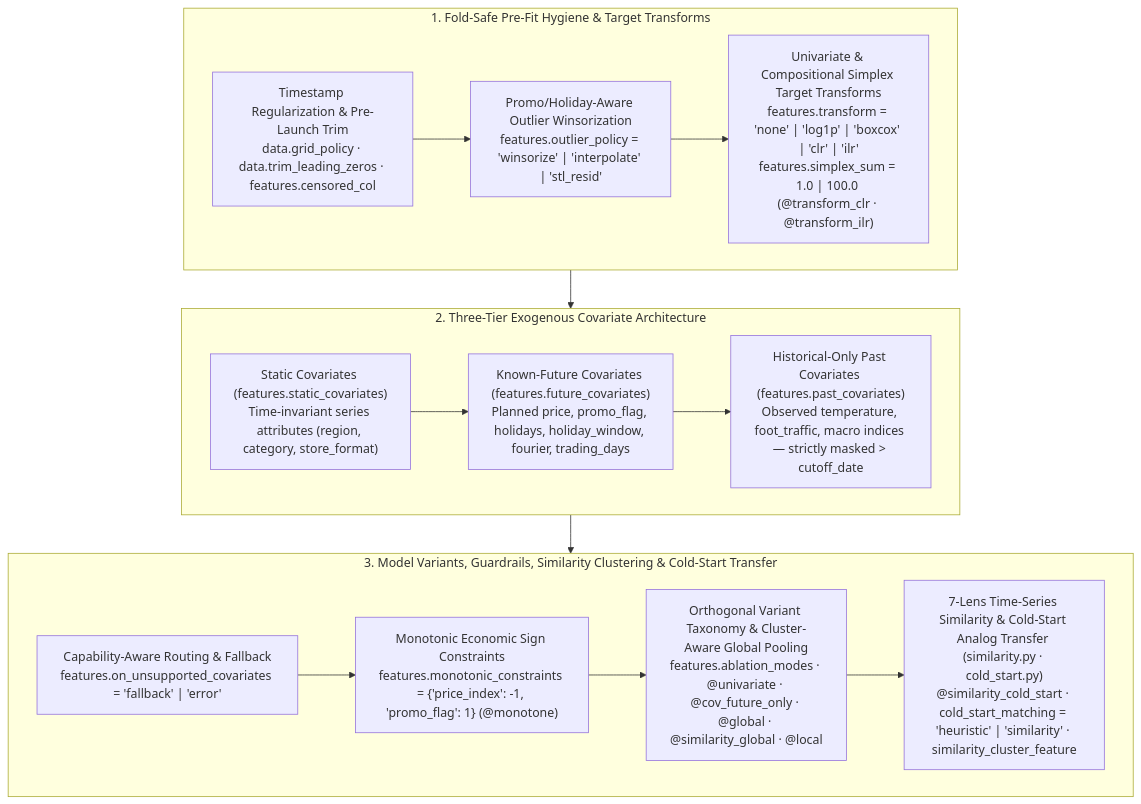
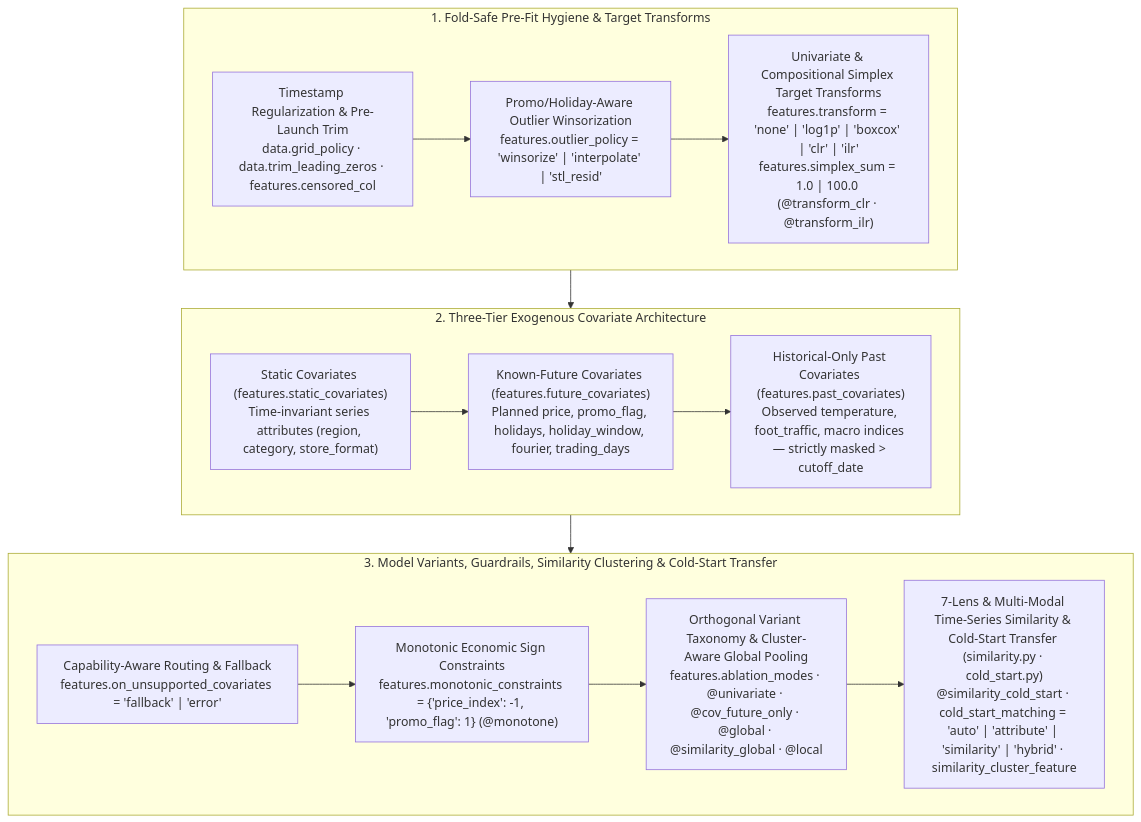
Before and after one commit to statmike/scale-forecasting: the diagram in docs/features_and_covariates.md, drawn with Mermaid. The commit also changed other lines of this file and 2 other files, not shown here.

Commit message:
docs(similarity): align lens names and config field signatures across features, config, and models reference

````diff
--- a/docs/features_and_covariates.md
+++ b/docs/features_and_covariates.md
@@ -5,26 +5,26 @@
 ```mermaid
 flowchart TD
     subgraph S1["1. Fold-Safe Pre-Fit Hygiene & Target Transforms"]
         T1["Timestamp Regularization & Pre-Launch Trim<br/>data.grid_policy · data.trim_leading_zeros · features.censored_col"]
         T2["Promo/Holiday-Aware Outlier Winsorization<br/>features.outlier_policy = 'winsorize' | 'interpolate' | 'stl_resid'"]
         T3["Univariate & Compositional Simplex Target Transforms<br/>features.transform = 'none' | 'log1p' | 'boxcox' | 'clr' | 'ilr'<br/>features.simplex_sum = 1.0 | 100.0 (@transform_clr · @transform_ilr)"]
         T1 --> T2 --> T3
     end
 
     subgraph S2["2. Three-Tier Exogenous Covariate Architecture"]
         C1["Static Covariates (features.static_covariates)<br/>Time-invariant series attributes (region, category, store_format)"]
         C2["Known-Future Covariates (features.future_covariates)<br/>Planned price, promo_flag, holidays, holiday_window, fourier, trading_days"]
         C3["Historical-Only Past Covariates (features.past_covariates)<br/>Observed temperature, foot_traffic, macro indices — strictly masked > cutoff_date"]
         C1 --> C2 --> C3
     end
 
     subgraph S3["3. Model Variants, Guardrails, Similarity Clustering & Cold-Start Transfer"]
         V1["Capability-Aware Routing & Fallback<br/>features.on_unsupported_covariates = 'fallback' | 'error'"]
         V2["Monotonic Economic Sign Constraints<br/>features.monotonic_constraints = {'price_index': -1, 'promo_flag': 1} (@monotone)"]
         V3["Orthogonal Variant Taxonomy & Cluster-Aware Global Pooling<br/>features.ablation_modes · @univariate · @cov_future_only · @global · @similarity_global · @local"]
-        V4["7-Lens Time-Series Similarity & Cold-Start Analog Transfer (similarity.py · cold_start.py)<br/>@similarity_cold_start · cold_start_matching = 'heuristic' | 'similarity' · similarity_cluster_feature"]
+        V4["7-Lens & Multi-Modal Time-Series Similarity & Cold-Start Transfer (similarity.py · cold_start.py)<br/>@similarity_cold_start · cold_start_matching = 'auto' | 'attribute' | 'similarity' | 'hybrid' · similarity_cluster_feature"]
         V1 --> V2 --> V3 --> V4
     end
 
     S1 --> S2 --> S3
 ```
````
